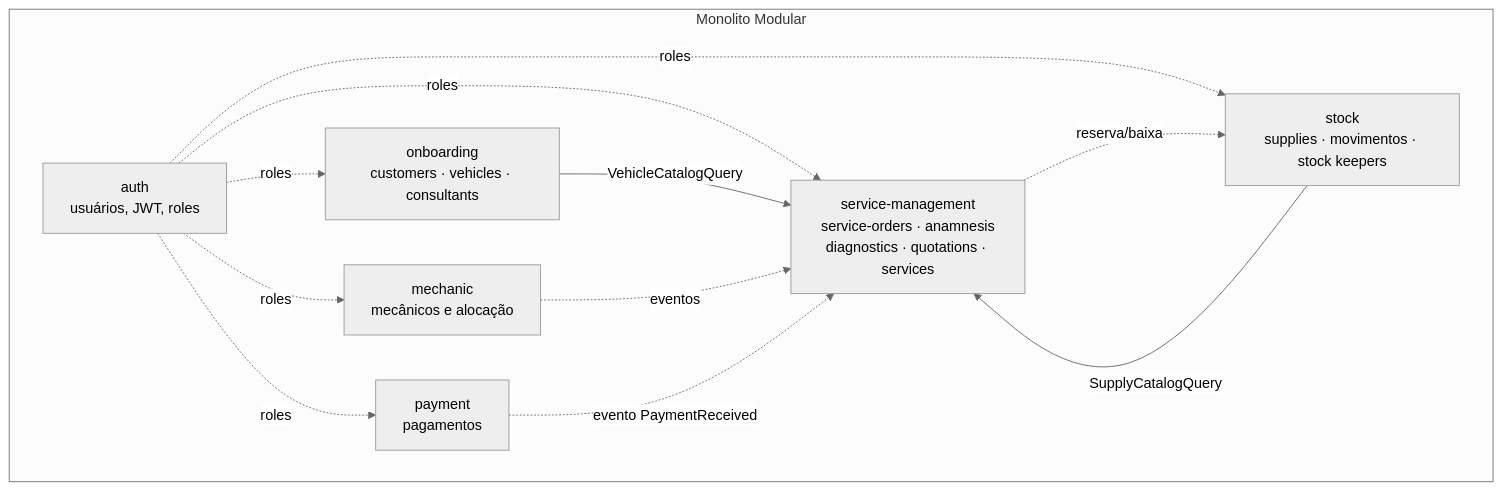
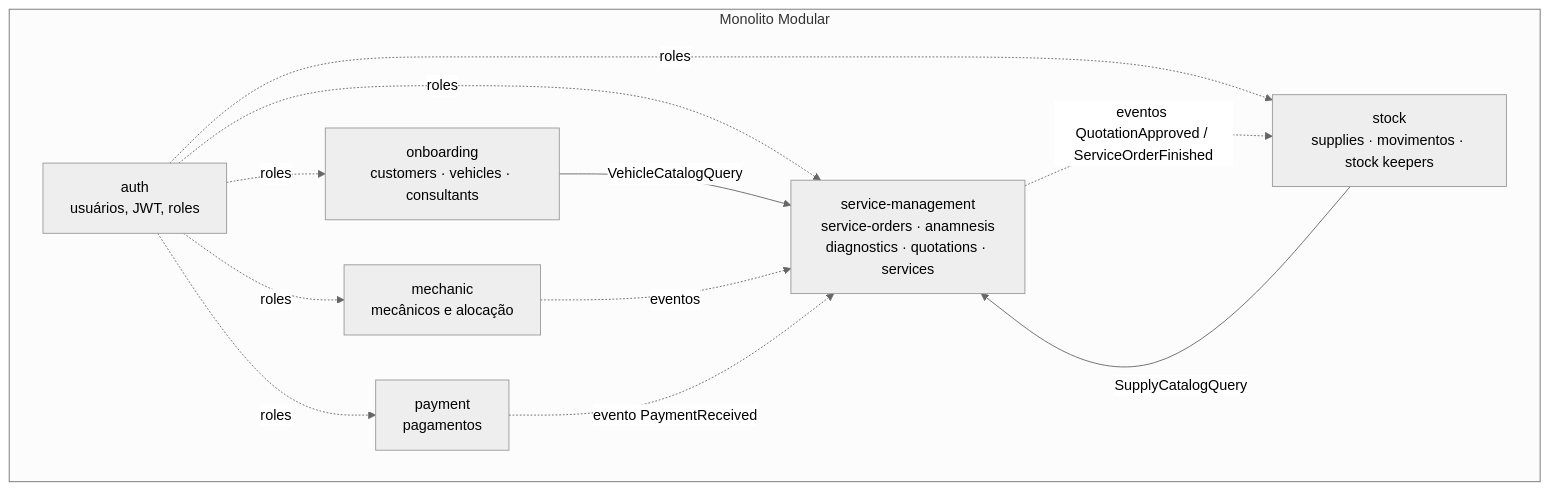
Before and after one commit to 10Org-17SOAT/tech-challenge-17soat: the second of 4 diagrams in README.md, drawn with Mermaid (neutral theme). The commit also changed other lines of this file, not shown here.

Commit message:
docs(readme): describe automated stock reservation and write-off

````diff
--- a/README.md
+++ b/README.md
@@ -79,22 +79,22 @@
 ```mermaid
 graph TD
     subgraph "Monolito Modular"
         AUTH["auth<br/>usuários, JWT, roles"]
         ONB["onboarding<br/>customers · vehicles · consultants"]
         SM["service-management<br/>service-orders · anamnesis<br/>diagnostics · quotations · services"]
         MECH["mechanic<br/>mecânicos e alocação"]
         STOCK["stock<br/>supplies · movimentos · stock keepers"]
         PAY["payment<br/>pagamentos"]
 
         AUTH -.roles.-> ONB
         AUTH -.roles.-> SM
         AUTH -.roles.-> MECH
         AUTH -.roles.-> STOCK
         AUTH -.roles.-> PAY
         ONB -->|VehicleCatalogQuery| SM
         STOCK -->|SupplyCatalogQuery| SM
         MECH -.eventos.-> SM
         PAY -.evento PaymentReceived.-> SM
-        SM -.reserva/baixa.-> STOCK
+        SM -.eventos QuotationApproved / ServiceOrderFinished.-> STOCK
     end
 ```
````
